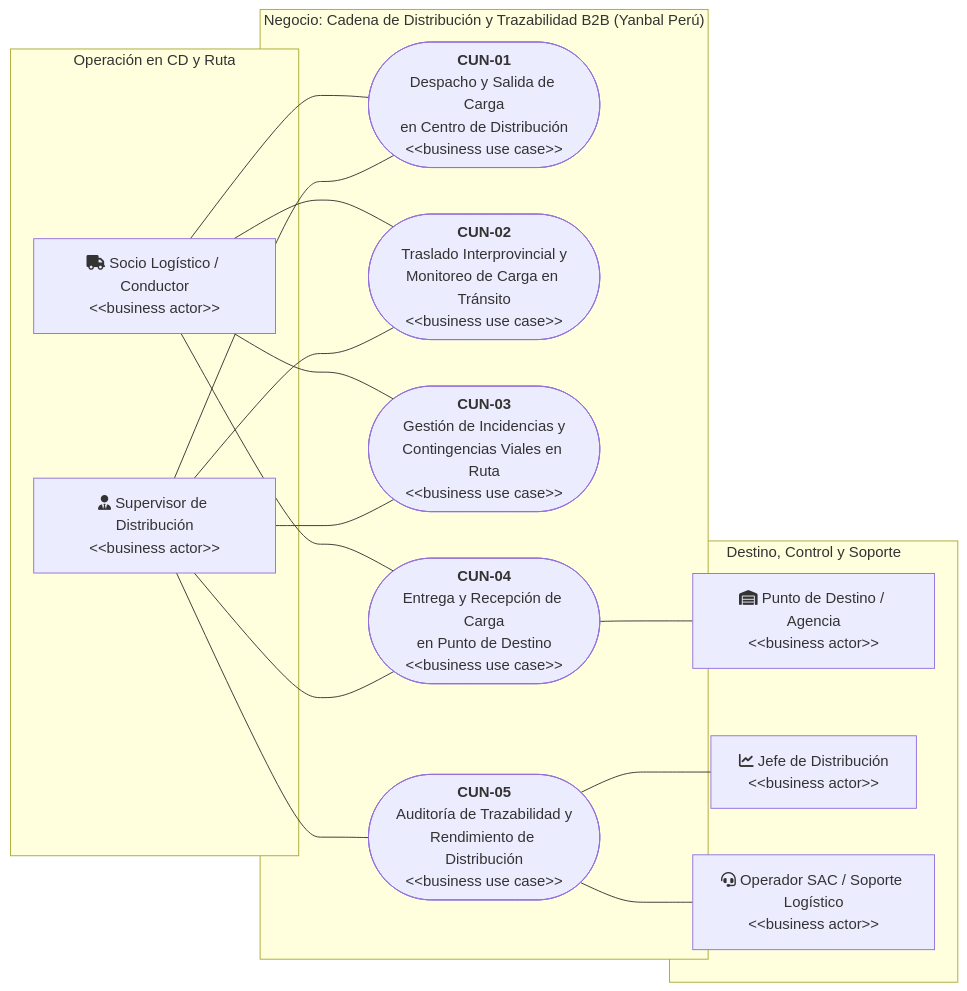
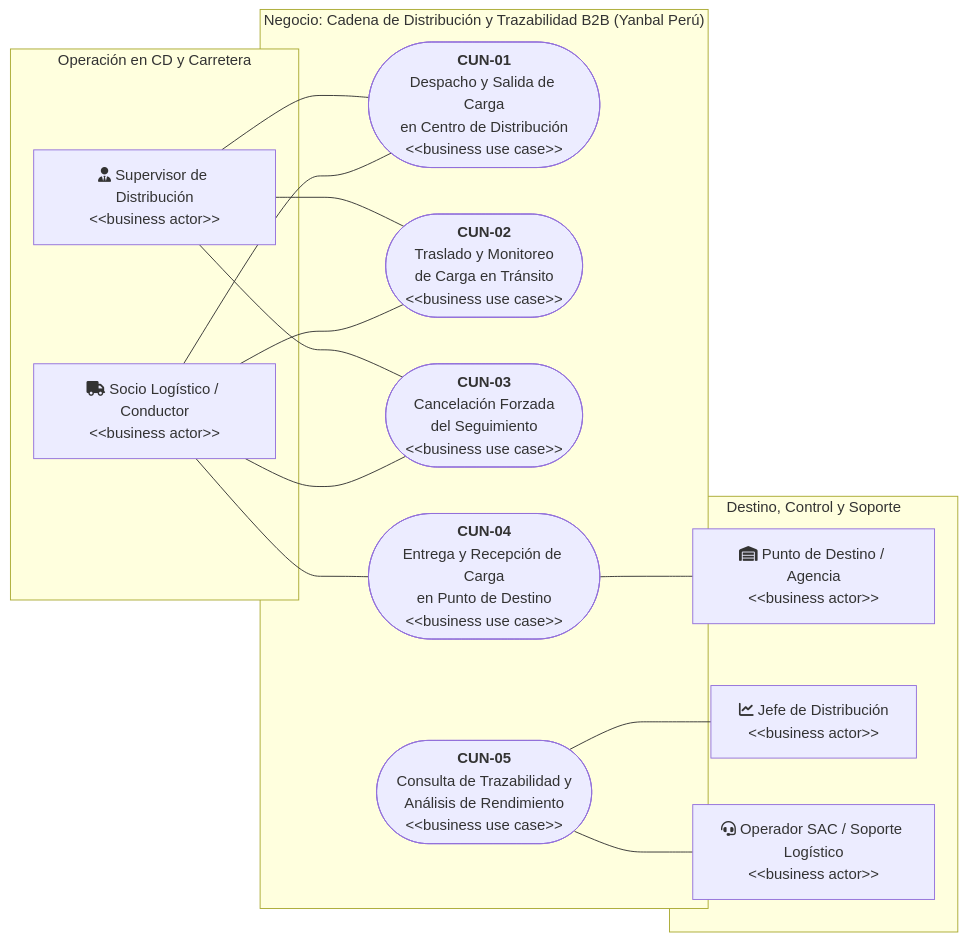
The first of 2 diagrams in Diagrama de Casos de Uso del Negocio (CUN)/diagrama.md (SaraviaH/arq-emp), drawn with Mermaid before and after one commit. The commit also changed other lines of this file and 49 other files, not shown here.

````diff
--- a/Diagrama de Casos de Uso del Negocio (CUN)/diagrama.md
+++ b/Diagrama de Casos de Uso del Negocio (CUN)/diagrama.md
@@ -17,41 +20,42 @@
 ```mermaid
 flowchart LR
-    %% Actores del Negocio
-    subgraph ACTORES_IZQ ["Operación en CD y Ruta"]
+    %% Actores Operativos en CD y Ruta (Izquierda)
+    subgraph ACTORES_IZQ ["Operación en CD y Carretera"]
         SUP["fa:fa-user-tie Supervisor de Distribución<br/>&lt;&lt;business actor&gt;&gt;"]
         SL["fa:fa-truck Socio Logístico / Conductor<br/>&lt;&lt;business actor&gt;&gt;"]
     end
 
-    %% Límite del Negocio
+    %% Frontera del Negocio
     subgraph FRONTERA ["Negocio: Cadena de Distribución y Trazabilidad B2B (Yanbal Perú)"]
         CUN01(["<b>CUN-01</b><br/>Despacho y Salida de Carga<br/>en Centro de Distribución<br/>&lt;&lt;business use case&gt;&gt;"])
-        CUN02(["<b>CUN-02</b><br/>Traslado Interprovincial y<br/>Monitoreo de Carga en Tránsito<br/>&lt;&lt;business use case&gt;&gt;"])
-        CUN03(["<b>CUN-03</b><br/>Gestión de Incidencias y<br/>Contingencias Viales en Ruta<br/>&lt;&lt;business use case&gt;&gt;"])
+        CUN02(["<b>CUN-02</b><br/>Traslado y Monitoreo<br/>de Carga en Tránsito<br/>&lt;&lt;business use case&gt;&gt;"])
+        CUN03(["<b>CUN-03</b><br/>Cancelación Forzada<br/>del Seguimiento<br/>&lt;&lt;business use case&gt;&gt;"])
         CUN04(["<b>CUN-04</b><br/>Entrega y Recepción de Carga<br/>en Punto de Destino<br/>&lt;&lt;business use case&gt;&gt;"])
-        CUN05(["<b>CUN-05</b><br/>Auditoría de Trazabilidad y<br/>Rendimiento de Distribución<br/>&lt;&lt;business use case&gt;&gt;"])
+        CUN05(["<b>CUN-05</b><br/>Consulta de Trazabilidad y<br/>Análisis de Rendimiento<br/>&lt;&lt;business use case&gt;&gt;"])
     end
 
-    %% Actores de Destino y Jefatura
+    %% Actores de Destino, Jefatura y Soporte (Derecha)
     subgraph ACTORES_DER ["Destino, Control y Soporte"]
         PD["fa:fa-warehouse Punto de Destino / Agencia<br/>&lt;&lt;business actor&gt;&gt;"]
         JEF["fa:fa-chart-line Jefe de Distribución<br/>&lt;&lt;business actor&gt;&gt;"]
         SAC["fa:fa-headset Operador SAC / Soporte Logístico<br/>&lt;&lt;business actor&gt;&gt;"]
     end
 
-    %% Conexiones
+    %% Asociaciones del Supervisor de Distribución
     SUP --- CUN01
     SUP --- CUN02
     SUP --- CUN03
-    SUP --- CUN04
-    SUP --- CUN05
 
+    %% Asociaciones del Socio Logístico / Conductor
     SL --- CUN01
     SL --- CUN02
     SL --- CUN03
     SL --- CUN04
 
+    %% Asociación del Punto de Destino
     CUN04 --- PD
 
+    %% Asociaciones de Jefatura y Soporte
     CUN05 --- JEF
     CUN05 --- SAC
 ```
````
